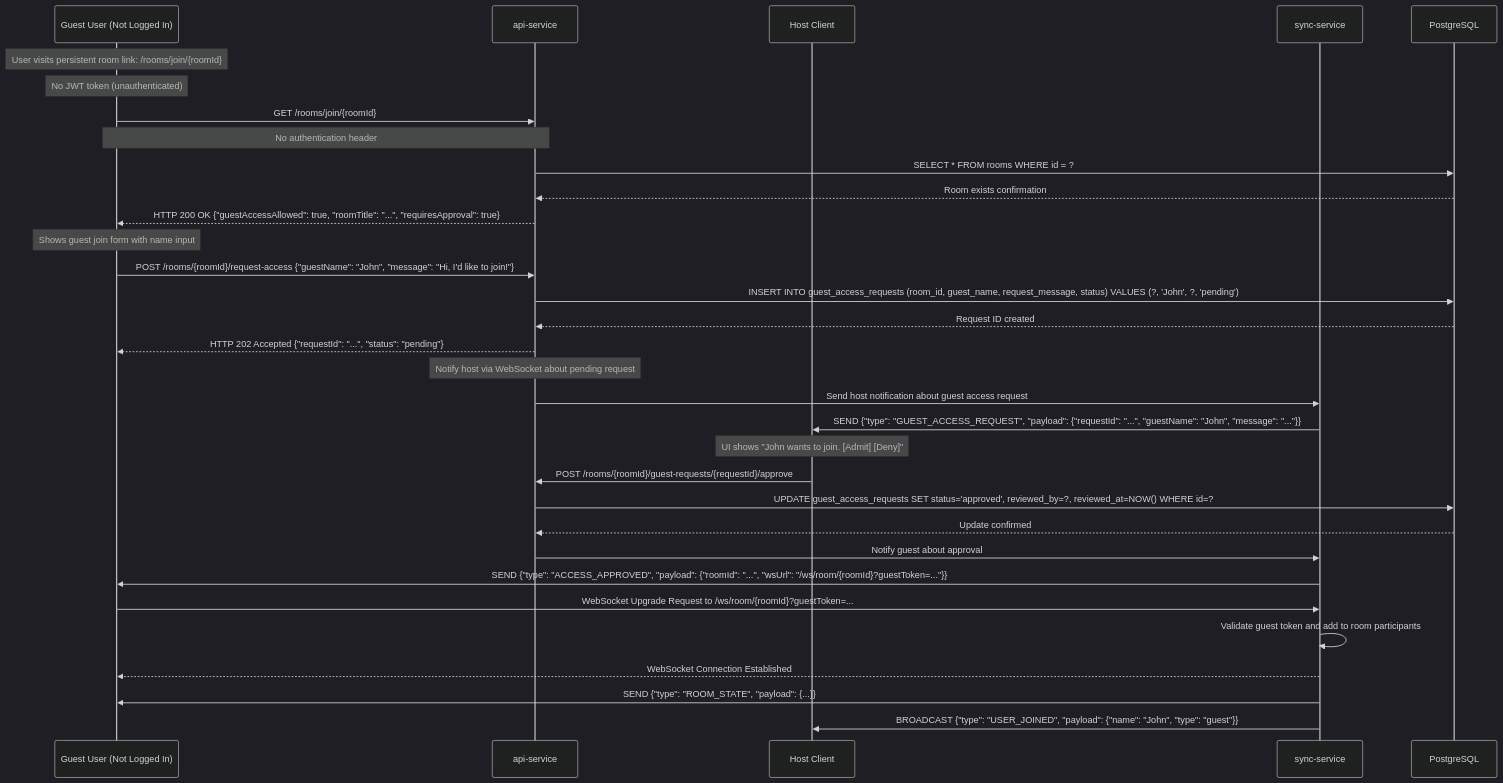
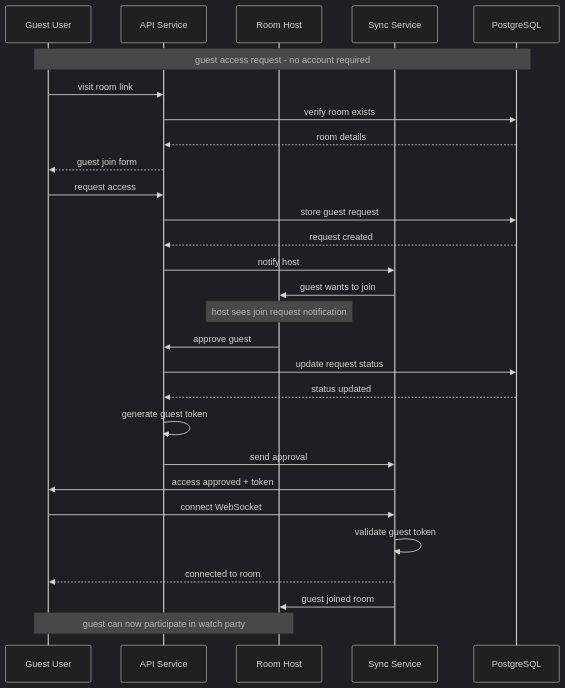
The diagram in docs/sequence-diagram/4-a-guest-user-joins-room.mermaid (c3llus/watch-party), drawn with Mermaid (dark theme) before and after one commit. The commit also changed 10 other files, not shown here.

Commit message:
chore(docs): updated erd and sequence diagram to match the current latest version

```diff
--- a/docs/sequence-diagram/4-a-guest-user-joins-room.mermaid
+++ b/docs/sequence-diagram/4-a-guest-user-joins-room.mermaid
@@ -1,39 +1,35 @@
 sequenceDiagram
-    participant Guest as Guest User (Not Logged In)
-    participant API as api-service
-    participant Host as Host Client
-    participant Sync as sync-service
+    participant Guest as Guest User
+    participant API as API Service
+    participant Host as Room Host
+    participant Sync as Sync Service
     participant DB as PostgreSQL
 
-    Note over Guest: User visits persistent room link: /rooms/join/{roomId}
-    Note over Guest: No JWT token (unauthenticated)
+    Note over Guest, DB: guest access request - no account required
+
+    Guest->>API: visit room link
+    API->>DB: verify room exists
+    DB-->>API: room details
+    API-->>Guest: guest join form
     
-    Guest->>API: GET /rooms/join/{roomId}
-    Note over Guest, API: No authentication header
-    API->>DB: SELECT * FROM rooms WHERE id = ?
-    DB-->>API: Room exists confirmation
-    API-->>Guest: HTTP 200 OK {"guestAccessAllowed": true, "roomTitle": "...", "requiresApproval": true}
+    Guest->>API: request access
+    API->>DB: store guest request
+    DB-->>API: request created
+    API->>Sync: notify host
+    Sync->>Host: guest wants to join
     
-    Note over Guest: Shows guest join form with name input
-    Guest->>API: POST /rooms/{roomId}/request-access {"guestName": "John", "message": "Hi, I'd like to join!"}
-    API->>DB: INSERT INTO guest_access_requests (room_id, guest_name, request_message, status) VALUES (?, 'John', ?, 'pending')
-    DB-->>API: Request ID created
-    API-->>Guest: HTTP 202 Accepted {"requestId": "...", "status": "pending"}
+    Note over Host: host sees join request notification
+
+    Host->>API: approve guest
+    API->>DB: update request status
+    DB-->>API: status updated
+    API->>API: generate guest token
+    API->>Sync: send approval
+    Sync->>Guest: access approved + token
     
-    Note over API: Notify host via WebSocket about pending request
-    API->>Sync: Send host notification about guest access request
-    Sync->>Host: SEND {"type": "GUEST_ACCESS_REQUEST", "payload": {"requestId": "...", "guestName": "John", "message": "..."}}
-    
-    Note over Host: UI shows "John wants to join. [Admit] [Deny]"
-    Host->>API: POST /rooms/{roomId}/guest-requests/{requestId}/approve
-    API->>DB: UPDATE guest_access_requests SET status='approved', reviewed_by=?, reviewed_at=NOW() WHERE id=?
-    DB-->>API: Update confirmed
-    
-    API->>Sync: Notify guest about approval
-    Sync->>Guest: SEND {"type": "ACCESS_APPROVED", "payload": {"roomId": "...", "wsUrl": "/ws/room/{roomId}?guestToken=..."}}
-    
-    Guest->>Sync: WebSocket Upgrade Request to /ws/room/{roomId}?guestToken=...
-    Sync->>Sync: Validate guest token and add to room participants
-    Sync-->>Guest: WebSocket Connection Established
-    Sync->>Guest: SEND {"type": "ROOM_STATE", "payload": {...}}
-    Sync->>Host: BROADCAST {"type": "USER_JOINED", "payload": {"name": "John", "type": "guest"}}
+    Guest->>Sync: connect WebSocket
+    Sync->>Sync: validate guest token
+    Sync-->>Guest: connected to room
+    Sync->>Host: guest joined room
+
+    Note over Guest, Host: guest can now participate in watch party
```
